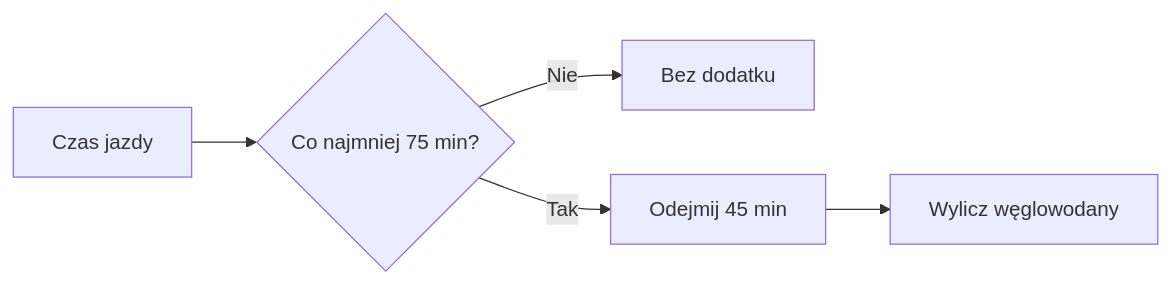
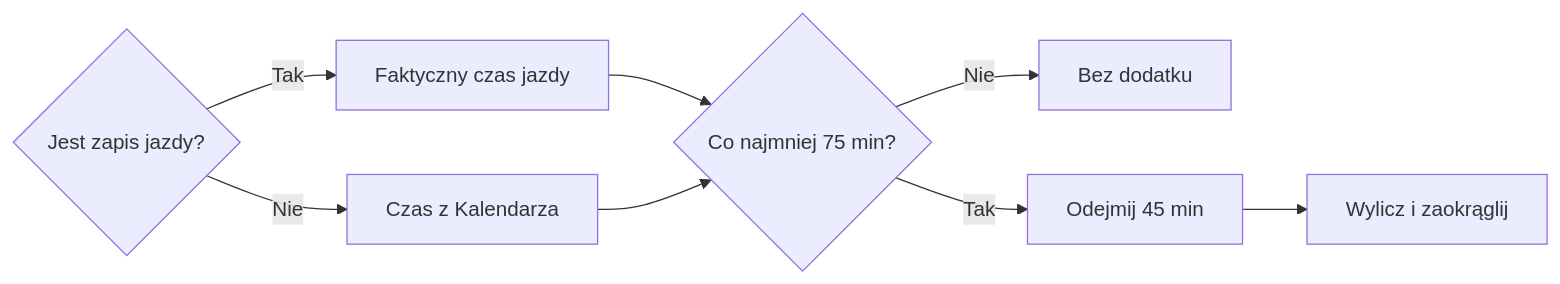
Before and after one commit to QbotMS/QbotQ: the diagram in docs/wiki/zdrowie/paliwo-rower.md, drawn with Mermaid. The commit also changed other lines of this file and 17 other files, not shown here.

````diff
--- a/docs/wiki/zdrowie/paliwo-rower.md
+++ b/docs/wiki/zdrowie/paliwo-rower.md
@@ -32,7 +32,10 @@
 ```mermaid
 flowchart LR
-  A[Czas jazdy] --> B{Co najmniej 75 min?}
-  B -->|Nie| C[Bez dodatku]
-  B -->|Tak| D[Odejmij 45 min]
-  D --> E[Wylicz węglowodany]
+  A{Jest zapis jazdy?} -->|Tak| B[Faktyczny czas jazdy]
+  A -->|Nie| C[Czas z Kalendarza]
+  B --> D{Co najmniej 75 min?}
+  C --> D
+  D -->|Nie| E[Bez dodatku]
+  D -->|Tak| F[Odejmij 45 min]
+  F --> G[Wylicz i zaokrąglij]
 ```
````
